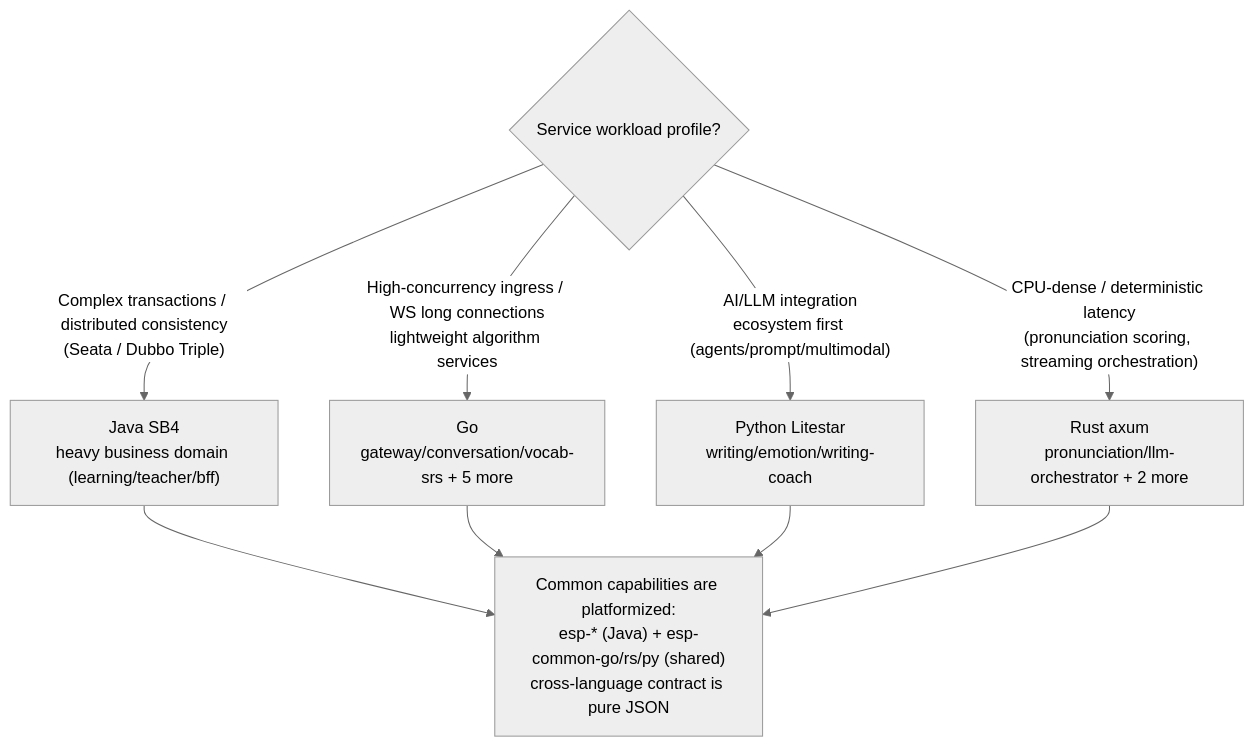
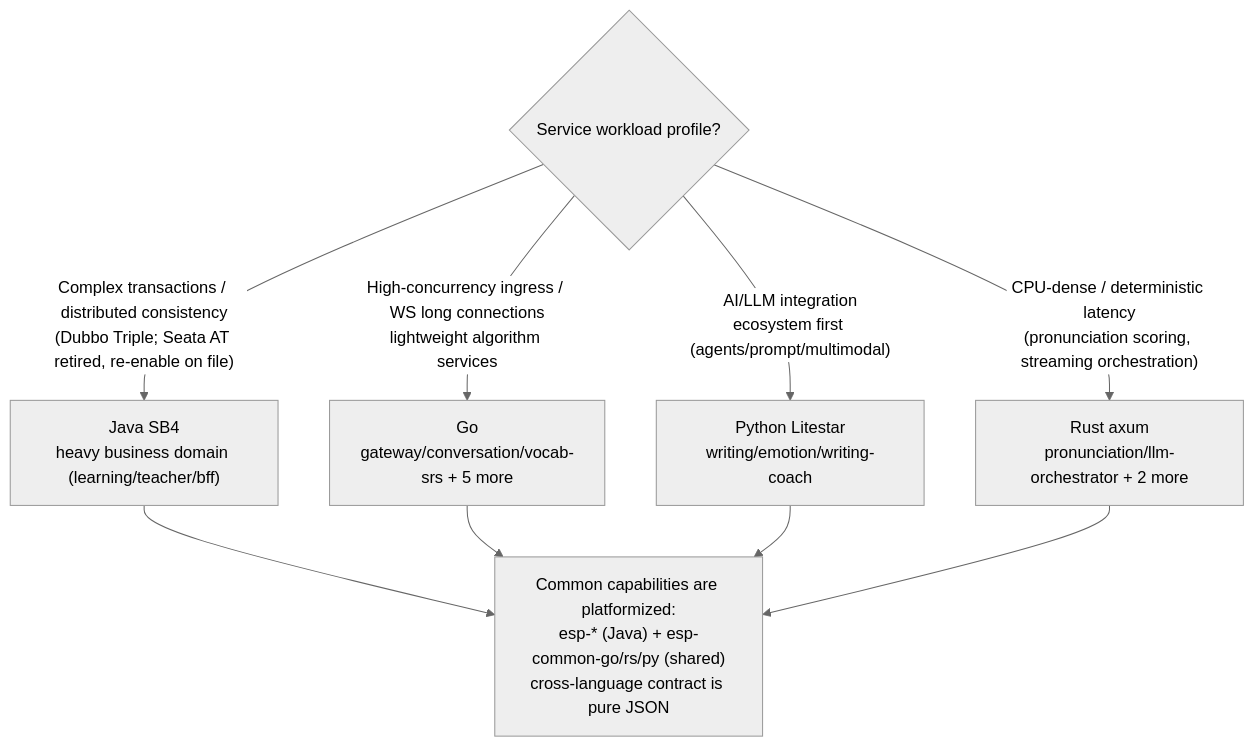
The tenth of 12 diagrams in README.md (tianqiongenze/English-Study-Platform), drawn with Mermaid (neutral theme) before and after one commit. The commit also changed other lines of this file and 479 other files, not shown here.

````diff
--- a/README.md
+++ b/README.md
@@ -601,12 +647,12 @@
 ```mermaid
 flowchart TD
     Q{"Service workload profile?"}
-    Q -->|"Complex transactions / distributed consistency<br/>(Seata / Dubbo Triple)"| J["Java SB4<br/>heavy business domain (learning/teacher/bff)"]
+    Q -->|"Complex transactions / distributed consistency<br/>(Dubbo Triple; Seata AT retired, re-enable on file)"| J["Java SB4<br/>heavy business domain (learning/teacher/bff)"]
     Q -->|"High-concurrency ingress / WS long connections<br/>lightweight algorithm services"| G["Go<br/>gateway/conversation/vocab-srs + 5 more"]
     Q -->|"AI/LLM integration<br/>ecosystem first (agents/prompt/multimodal)"| P["Python Litestar<br/>writing/emotion/writing-coach"]
     Q -->|"CPU-dense / deterministic latency<br/>(pronunciation scoring, streaming orchestration)"| R["Rust axum<br/>pronunciation/llm-orchestrator + 2 more"]
     J --> NOTE["Common capabilities are platformized:<br/>esp-* (Java) + esp-common-go/rs/py (shared)<br/>cross-language contract is pure JSON"]
     G --> NOTE
     P --> NOTE
     R --> NOTE
 ```
````
